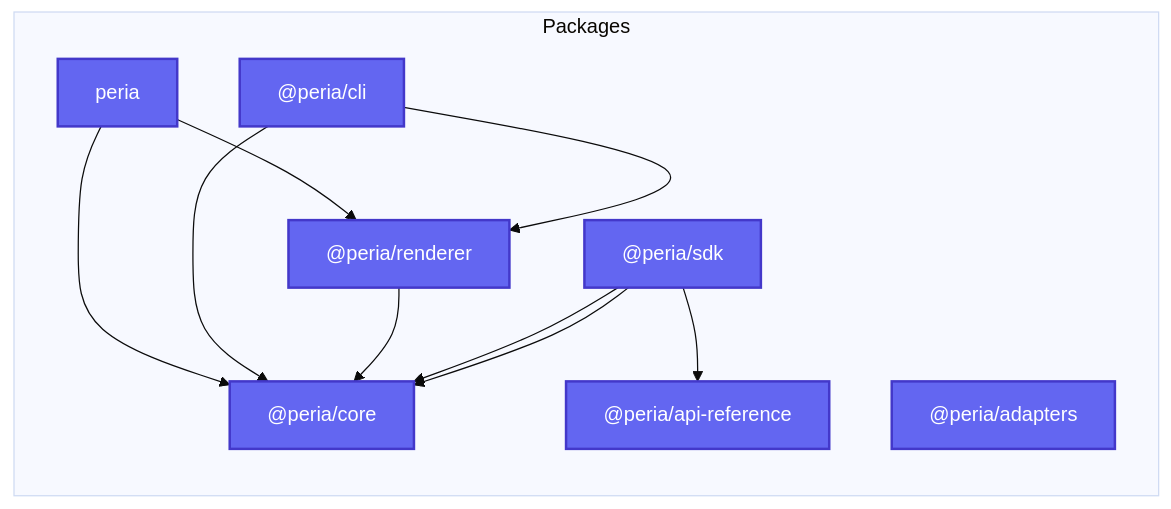
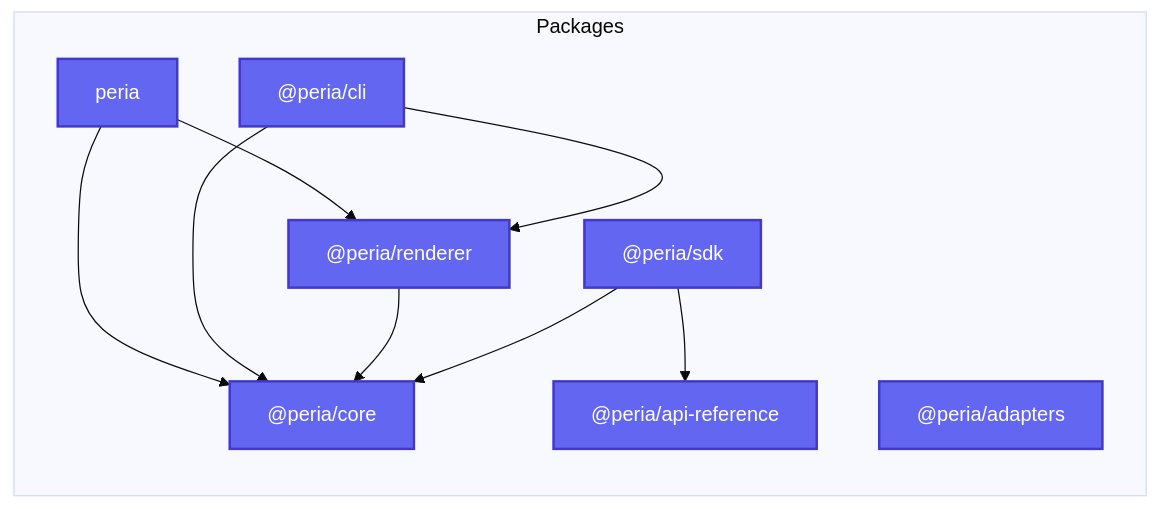
Before and after one commit to gabrigabs/peria: the second of 6 diagrams in docs/content/docs/diagrams.mdx, drawn with Mermaid (base theme). The commit also changed other lines of this file and 39 other files, not shown here.

````diff
--- a/docs/content/docs/diagrams.mdx
+++ b/docs/content/docs/diagrams.mdx
@@ -48,27 +50,26 @@
 ```mermaid
 graph LR
     subgraph "Packages"
         pkg_peria["peria"]
         style pkg_peria fill:#6366f1,stroke:#4338ca,stroke-width:2px,color:#fff
         pkg__peria_adapters["@peria/adapters"]
         style pkg__peria_adapters fill:#6366f1,stroke:#4338ca,stroke-width:2px,color:#fff
         pkg__peria_api_reference["@peria/api-reference"]
         style pkg__peria_api_reference fill:#6366f1,stroke:#4338ca,stroke-width:2px,color:#fff
         pkg__peria_cli["@peria/cli"]
         style pkg__peria_cli fill:#6366f1,stroke:#4338ca,stroke-width:2px,color:#fff
         pkg__peria_core["@peria/core"]
         style pkg__peria_core fill:#6366f1,stroke:#4338ca,stroke-width:2px,color:#fff
         pkg__peria_renderer["@peria/renderer"]
         style pkg__peria_renderer fill:#6366f1,stroke:#4338ca,stroke-width:2px,color:#fff
         pkg__peria_sdk["@peria/sdk"]
         style pkg__peria_sdk fill:#6366f1,stroke:#4338ca,stroke-width:2px,color:#fff
     end
     pkg_peria --> pkg__peria_core
     pkg_peria --> pkg__peria_renderer
     pkg__peria_cli --> pkg__peria_core
     pkg__peria_cli --> pkg__peria_renderer
     pkg__peria_renderer --> pkg__peria_core
     pkg__peria_sdk --> pkg__peria_api_reference
     pkg__peria_sdk --> pkg__peria_core
-    pkg__peria_sdk --> pkg__peria_core
 ```
````
